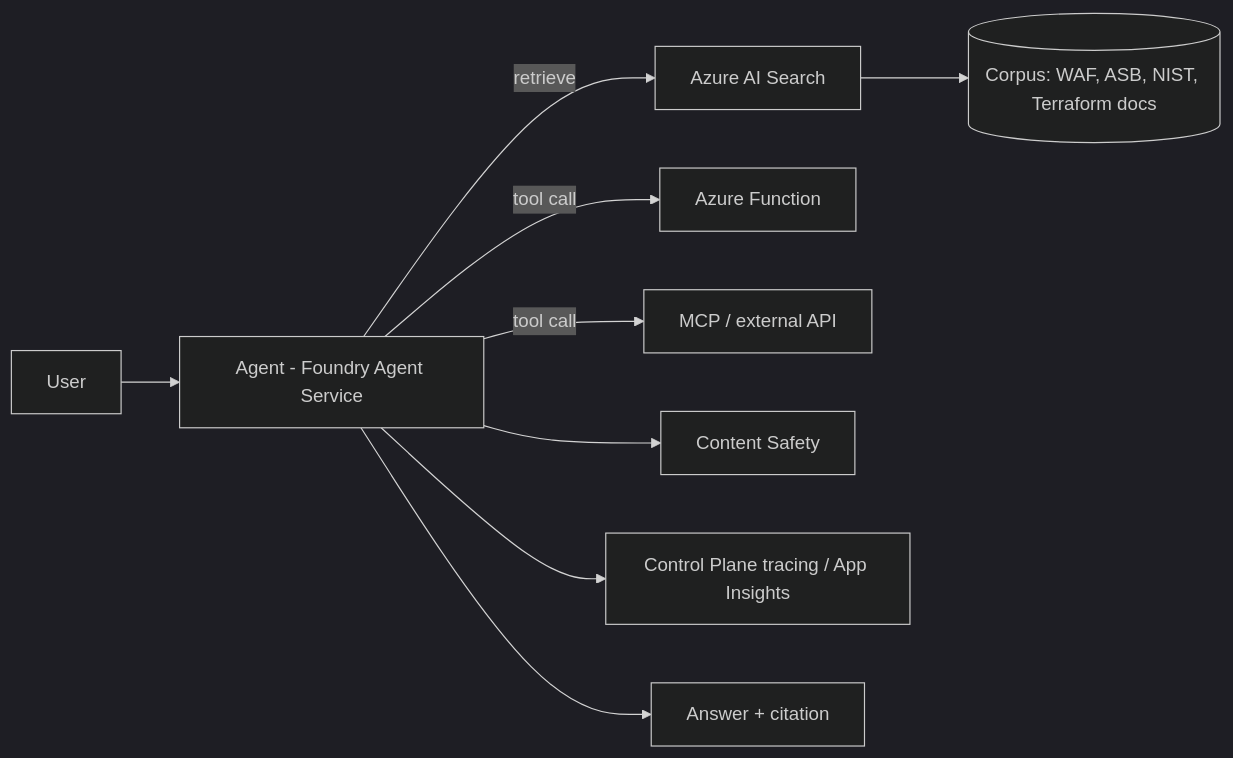
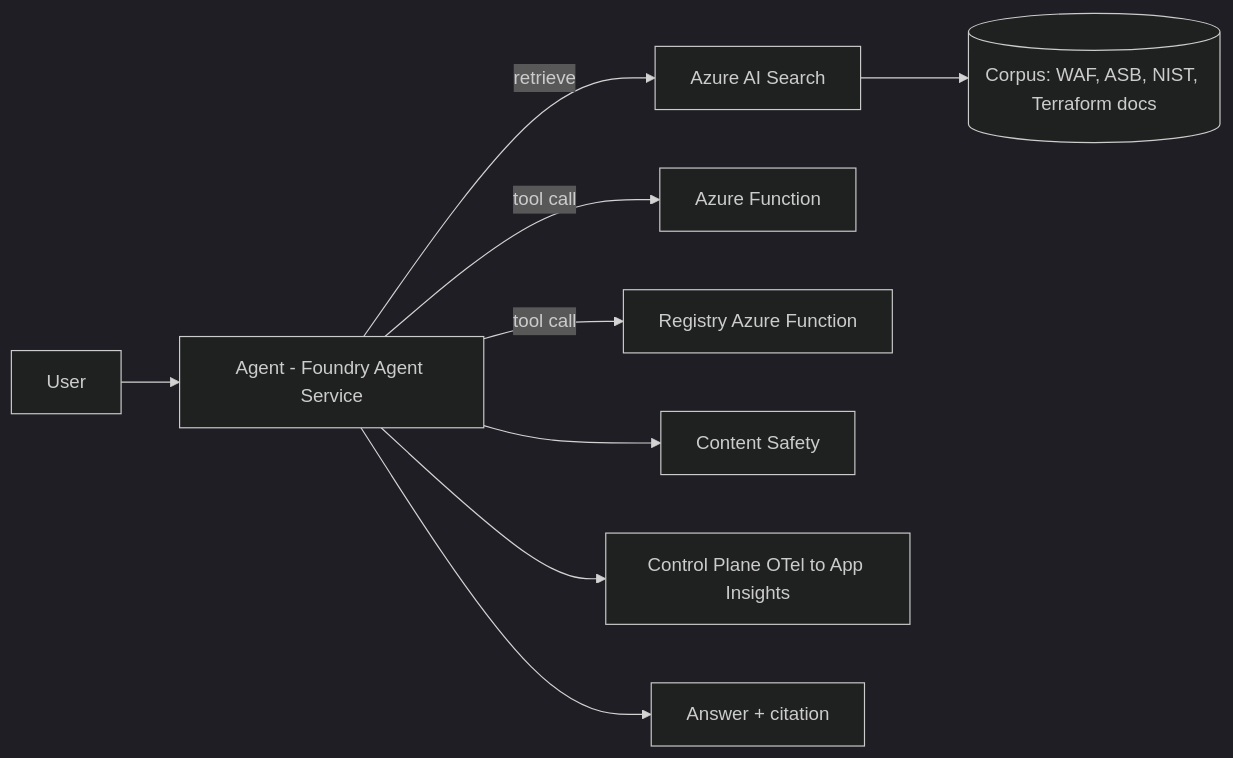
The first of 2 diagrams in docs/ARCHITECTURE.md (ecvanlare/cloud-standards-assistant), drawn with Mermaid (dark theme) before and after one commit. The commit also changed other lines of this file and 32 other files, not shown here.

First line of the commit message:
Add App Insights, golden eval set, and regression gates (AZP-8).

````diff
--- a/docs/ARCHITECTURE.md
+++ b/docs/ARCHITECTURE.md
@@ -9,11 +9,11 @@
 ```mermaid
 flowchart LR
     U[User] --> A[Agent - Foundry Agent Service]
     A -->|retrieve| S[Azure AI Search]
     A -->|tool call| T1[Azure Function]
-    A -->|tool call| T2[MCP / external API]
+    A -->|tool call| T2[Registry Azure Function]
     S --> C[(Corpus: WAF, ASB, NIST, Terraform docs)]
     A --> CS[Content Safety]
-    A --> O[Control Plane tracing / App Insights]
+    A --> O[Control Plane OTel to App Insights]
     A --> R[Answer + citation]
 ```
````
